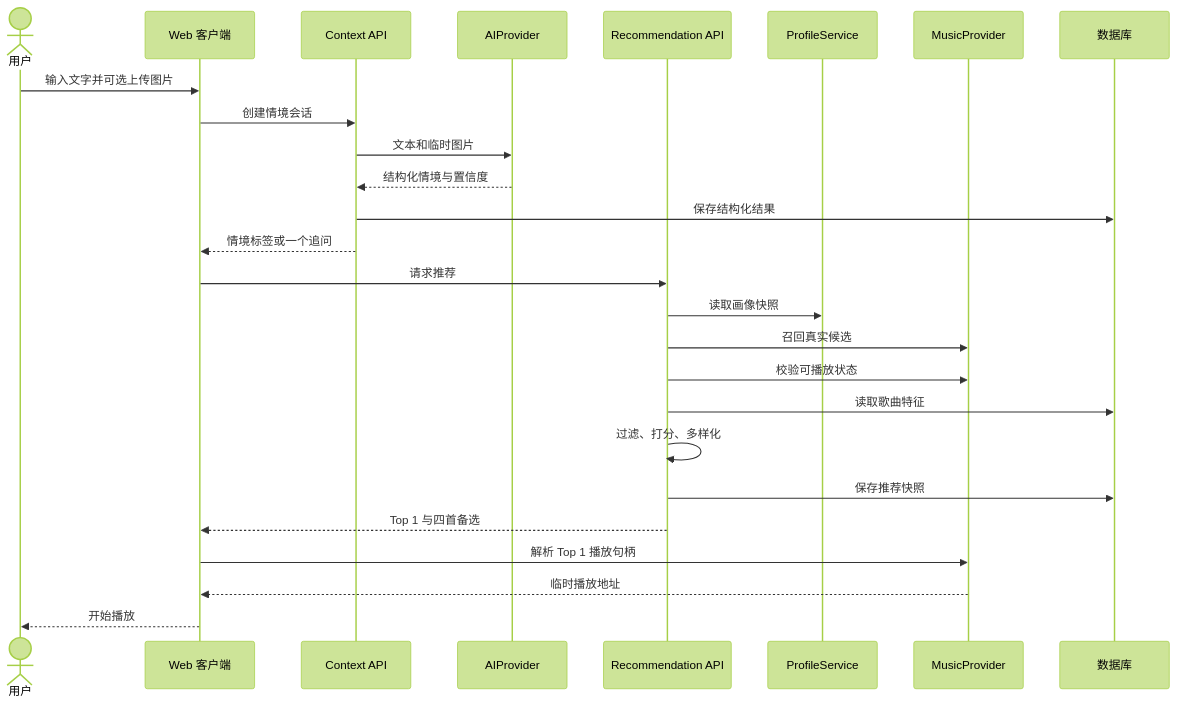
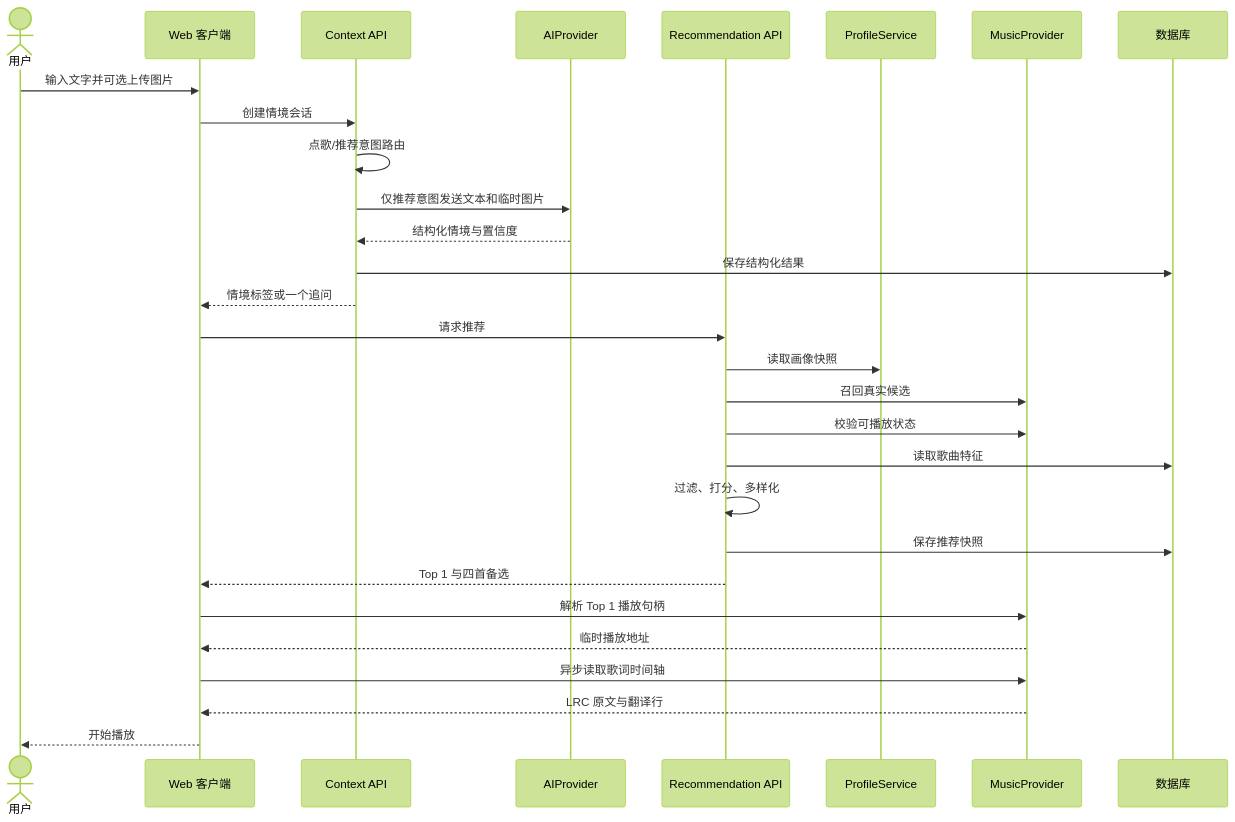
The third of 7 diagrams in docs/architecture/04-feature-flows.md (shirley-Rir/shiyinji), drawn with Mermaid (forest theme) before and after one commit. The commit also changed other lines of this file and 53 other files, not shown here.

````diff
--- a/docs/architecture/04-feature-flows.md
+++ b/docs/architecture/04-feature-flows.md
@@ -33,29 +46,32 @@
 ```mermaid
 sequenceDiagram
     actor U as 用户
     participant WEB as Web 客户端
     participant CTX as Context API
     participant AI as AIProvider
     participant REC as Recommendation API
     participant PROF as ProfileService
     participant MUSIC as MusicProvider
     participant DB as 数据库
 
     U->>WEB: 输入文字并可选上传图片
     WEB->>CTX: 创建情境会话
-    CTX->>AI: 文本和临时图片
+    CTX->>CTX: 点歌/推荐意图路由
+    CTX->>AI: 仅推荐意图发送文本和临时图片
     AI-->>CTX: 结构化情境与置信度
     CTX->>DB: 保存结构化结果
     CTX-->>WEB: 情境标签或一个追问
     WEB->>REC: 请求推荐
     REC->>PROF: 读取画像快照
     REC->>MUSIC: 召回真实候选
     REC->>MUSIC: 校验可播放状态
     REC->>DB: 读取歌曲特征
     REC->>REC: 过滤、打分、多样化
     REC->>DB: 保存推荐快照
     REC-->>WEB: Top 1 与四首备选
     WEB->>MUSIC: 解析 Top 1 播放句柄
     MUSIC-->>WEB: 临时播放地址
+    WEB->>MUSIC: 异步读取歌词时间轴
+    MUSIC-->>WEB: LRC 原文与翻译行
     WEB-->>U: 开始播放
 ```
````
